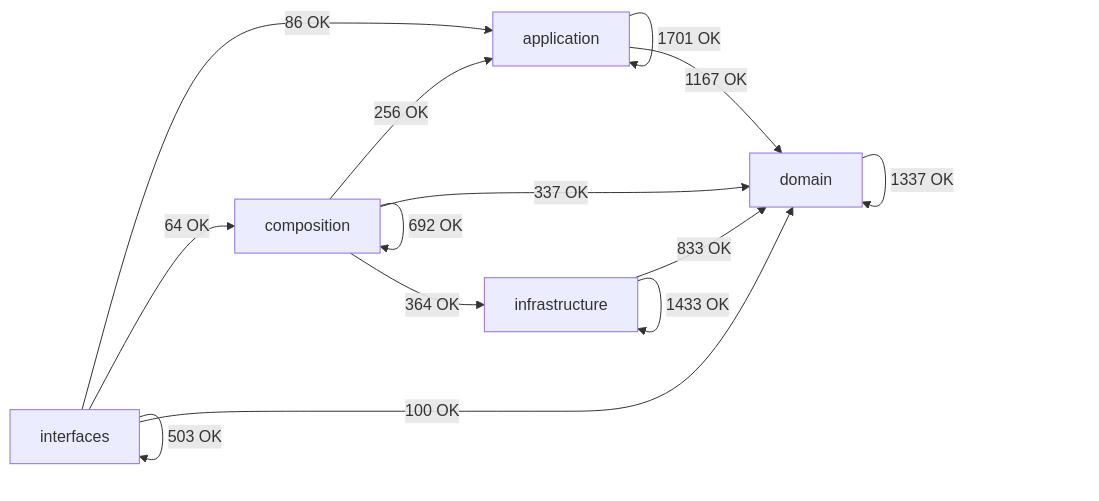
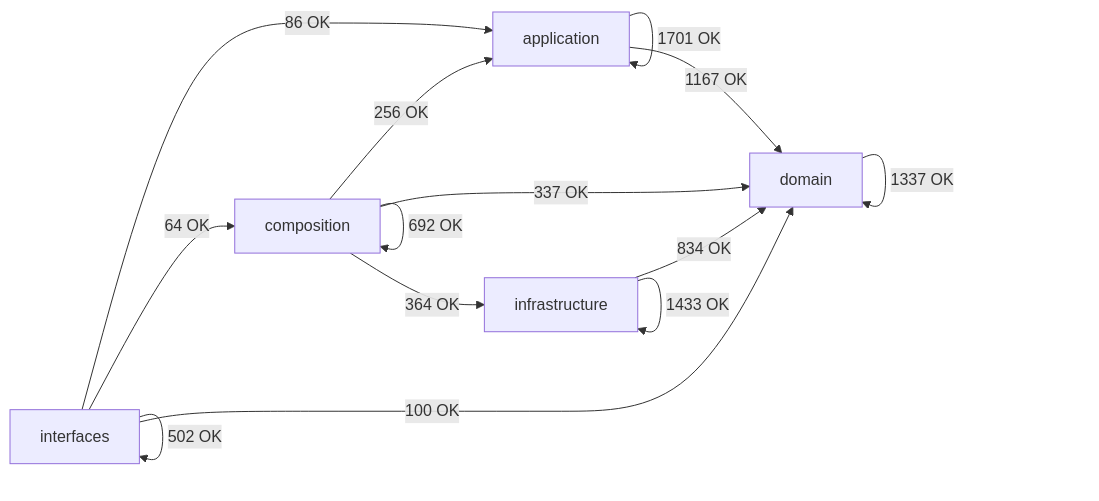
The diagram in docs/02-architecture/generated/module-dependency-map.md (SatoryKono/BioactivityDataAcquisition), drawn with Mermaid before and after one commit. The commit also changed other lines of this file and 18 other files, not shown here.

````diff
--- a/docs/02-architecture/generated/module-dependency-map.md
+++ b/docs/02-architecture/generated/module-dependency-map.md
@@ -17,21 +17,21 @@
 ```mermaid
 flowchart LR
     domain[domain]
     application[application]
     infrastructure[infrastructure]
     composition[composition]
     interfaces[interfaces]
     application -->|1701 OK| application
     application -->|1167 OK| domain
     composition -->|256 OK| application
     composition -->|692 OK| composition
     composition -->|337 OK| domain
     composition -->|364 OK| infrastructure
     domain -->|1337 OK| domain
-    infrastructure -->|833 OK| domain
+    infrastructure -->|834 OK| domain
     infrastructure -->|1433 OK| infrastructure
     interfaces -->|86 OK| application
     interfaces -->|64 OK| composition
     interfaces -->|100 OK| domain
-    interfaces -->|503 OK| interfaces
+    interfaces -->|502 OK| interfaces
 ```
````
